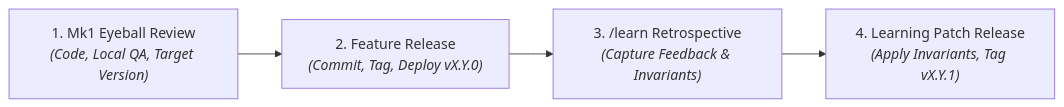
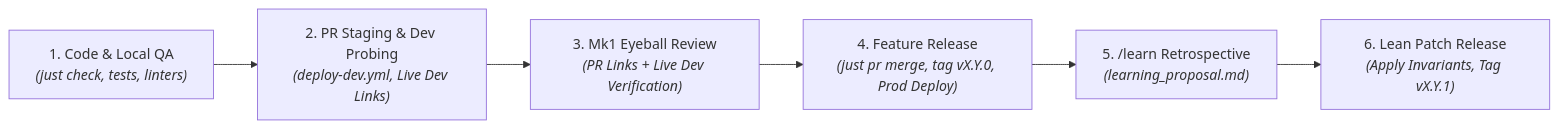
The third of 4 diagrams in .agents/skills/knowledge-governance/SKILL.md (artibyrd/credence-agent), drawn with Mermaid before and after one commit. The commit also changed other lines of this file and 3 other files, not shown here.

Commit message:
docs(governance): release v2.6.1 - codify staged PR creation, dev deploy monitoring, and live verification links

````diff
--- a/.agents/skills/knowledge-governance/SKILL.md
+++ b/.agents/skills/knowledge-governance/SKILL.md
@@ -104,6 +104,8 @@
 ```mermaid
 flowchart LR
-    Phase1["1. Mk1 Eyeball Review<br/><i>(Code, Local QA, Target Version)</i>"] --> Phase2["2. Feature Release<br/><i>(Commit, Tag, Deploy vX.Y.0)</i>"]
-    Phase2 --> Phase3["3. /learn Retrospective<br/><i>(Capture Feedback & Invariants)</i>"]
-    Phase3 --> Phase4["4. Learning Patch Release<br/><i>(Apply Invariants, Tag vX.Y.1)</i>"]
+    Phase1["1. Code & Local QA<br/><i>(just check, tests, linters)</i>"] --> Phase2["2. PR Staging & Dev Probing<br/><i>(deploy-dev.yml, Live Dev Links)</i>"]
+    Phase2 --> Phase3["3. Mk1 Eyeball Review<br/><i>(PR Links + Live Dev Verification)</i>"]
+    Phase3 --> Phase4["4. Feature Release<br/><i>(just pr merge, tag vX.Y.0, Prod Deploy)</i>"]
+    Phase4 --> Phase5["5. /learn Retrospective<br/><i>(learning_proposal.md)</i>"]
+    Phase5 --> Phase6["6. Lean Patch Release<br/><i>(Apply Invariants, Tag vX.Y.1)</i>"]
 ```
````
